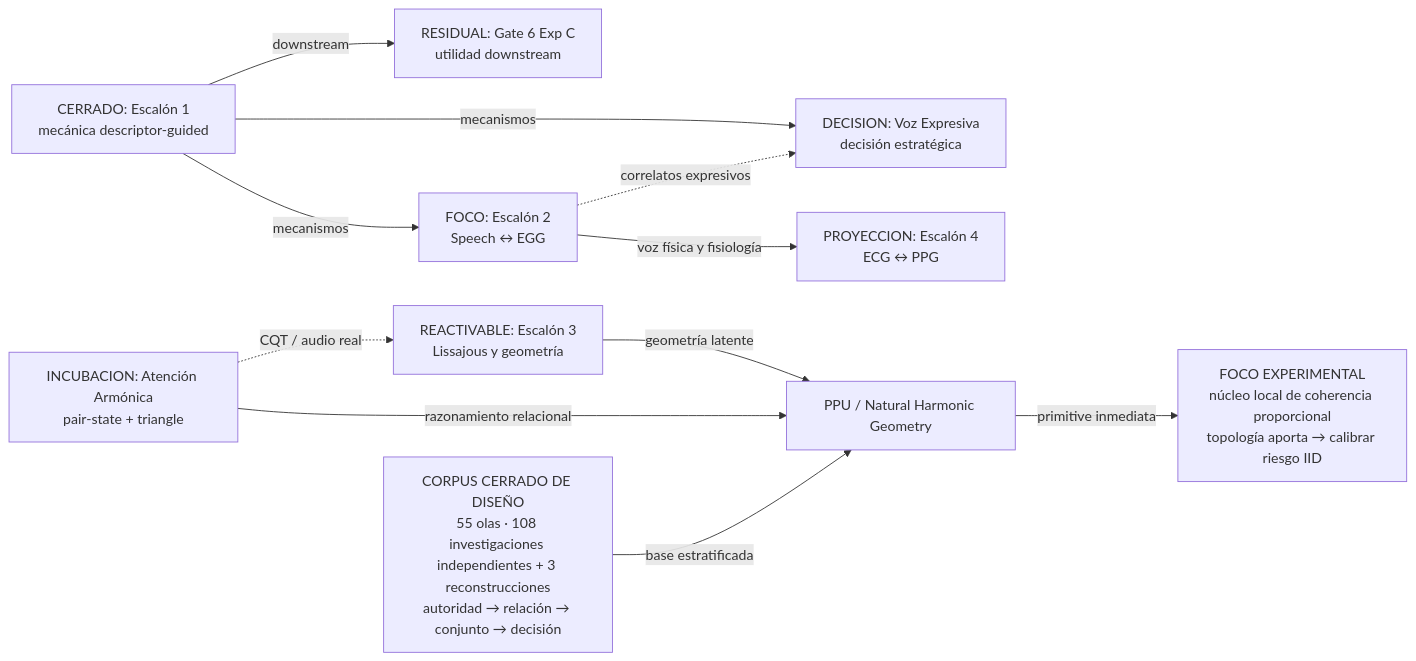
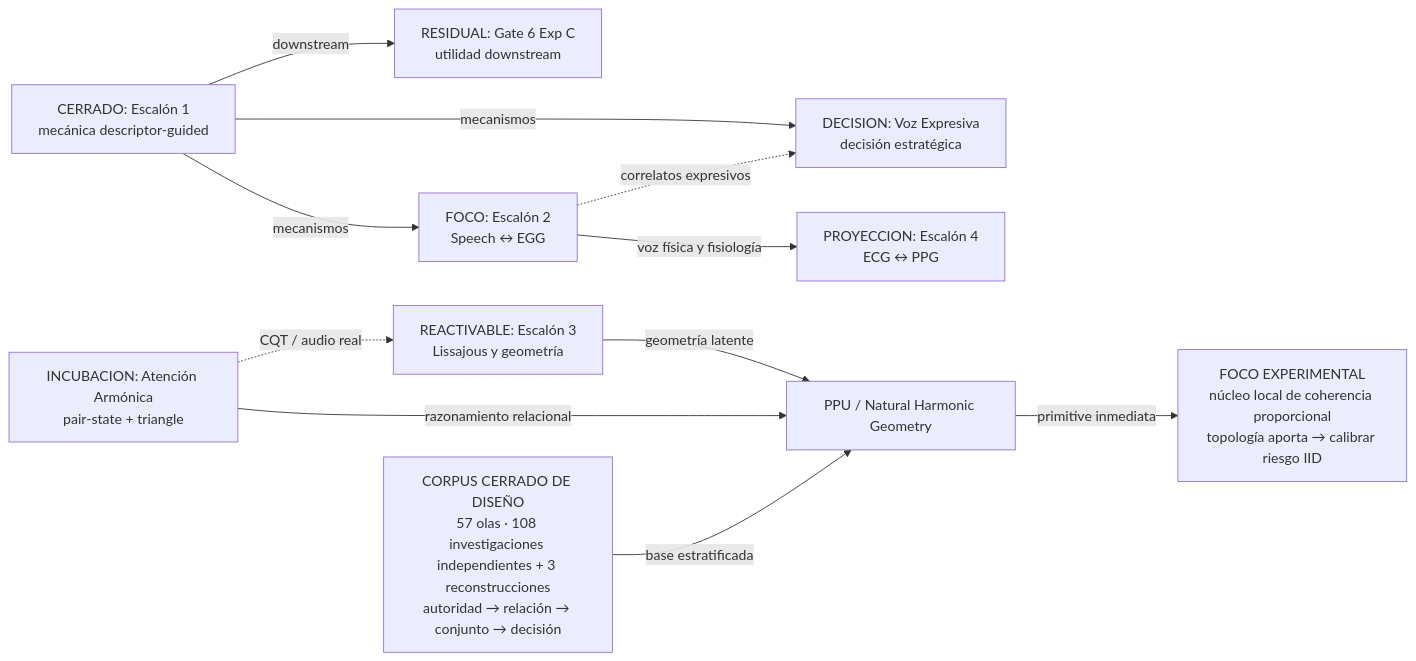
One commit to Mar-IA-no/Phideus changed the first of 2 diagrams in Documents/05_WIKI/MAPA_VISUAL_DEL_PROGRAMA.md. Above: the diagram before and after it, drawn with Mermaid. The commit also changed other lines of this file and 18 other files, not shown here.

````diff
--- a/Documents/05_WIKI/MAPA_VISUAL_DEL_PROGRAMA.md
+++ b/Documents/05_WIKI/MAPA_VISUAL_DEL_PROGRAMA.md
@@ -56,24 +57,24 @@
 ```mermaid
 flowchart LR
     E1["CERRADO: Escalón 1<br/>mecánica descriptor-guided"]
     G6["RESIDUAL: Gate 6 Exp C<br/>utilidad downstream"]
     E2["FOCO: Escalón 2<br/>Speech ↔ EGG"]
     VE["DECISION: Voz Expresiva<br/>decisión estratégica"]
     E3["REACTIVABLE: Escalón 3<br/>Lissajous y geometría"]
     AA["INCUBACION: Atención Armónica<br/>pair-state + triangle"]
     E4["PROYECCION: Escalón 4<br/>ECG ↔ PPG"]
     PPU["PPU / Natural Harmonic Geometry"]
-    GT["CORPUS CERRADO DE DISEÑO<br/>55 olas · 108 investigaciones independientes + 3 reconstrucciones<br/>autoridad → relación → conjunto → decisión"]
+    GT["CORPUS CERRADO DE DISEÑO<br/>57 olas · 108 investigaciones independientes + 3 reconstrucciones<br/>autoridad → relación → conjunto → decisión"]
     NCP["FOCO EXPERIMENTAL<br/>núcleo local de coherencia proporcional<br/>topología aporta → calibrar riesgo IID"]
 
     E1 -->|mecanismos| E2
     E1 -->|mecanismos| VE
     E1 -->|downstream| G6
     E2 -->|voz física y fisiología| E4
     E2 -.->|correlatos expresivos| VE
     E3 -->|geometría latente| PPU
     AA -->|razonamiento relacional| PPU
     GT -->|base estratificada| PPU
     PPU -->|primitive inmediata| NCP
     AA -.->|CQT / audio real| E3
 ```
````
